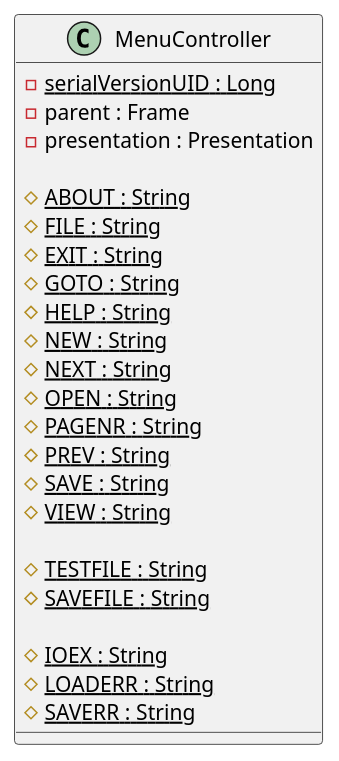
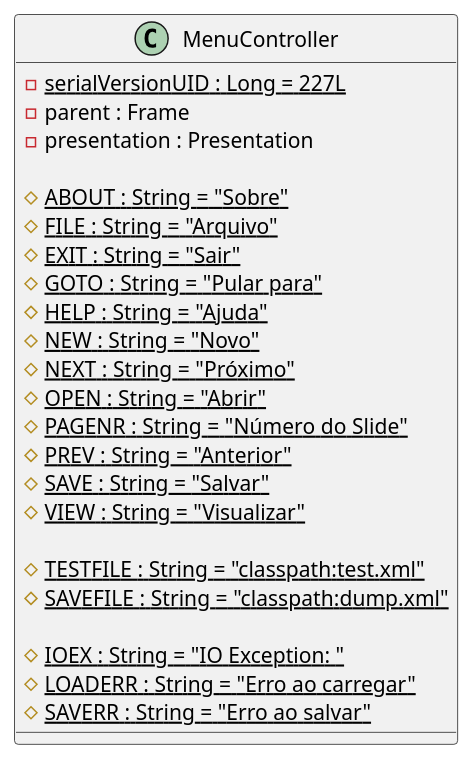
Before and after one commit to gabrielrtlima/diagramas-padroes-projeto: the diagram in classes/MenuController.puml, drawn with PlantUML. The commit also changed 11 other files, not shown here.

```diff
--- a/classes/MenuController.puml
+++ b/classes/MenuController.puml
@@ -1,31 +1,31 @@
 @startuml MenuController
 
 class MenuController {
 
-  - {static} serialVersionUID : Long
+  - {static} serialVersionUID : Long = 227L
   - parent : Frame
   - presentation : Presentation
 
-  # {static} ABOUT : String
-  # {static} FILE : String
-  # {static} EXIT : String
-  # {static} GOTO : String
-  # {static} HELP : String
-  # {static} NEW : String
-  # {static} NEXT : String
-  # {static} OPEN : String
-  # {static} PAGENR : String
-  # {static} PREV : String
-  # {static} SAVE : String
-  # {static} VIEW : String
+  # {static} ABOUT : String = "Sobre"
+  # {static} FILE : String = "Arquivo"
+  # {static} EXIT : String = "Sair"
+  # {static} GOTO : String = "Pular para"
+  # {static} HELP : String = "Ajuda"
+  # {static} NEW : String = "Novo"
+  # {static} NEXT : String = "Próximo"
+  # {static} OPEN : String = "Abrir"
+  # {static} PAGENR : String = "Número do Slide"
+  # {static} PREV : String = "Anterior"
+  # {static} SAVE : String = "Salvar"
+  # {static} VIEW : String = "Visualizar"
 
-  # {static} TESTFILE : String
-  # {static} SAVEFILE : String
+  # {static} TESTFILE : String = "classpath:test.xml"
+  # {static} SAVEFILE : String = "classpath:dump.xml"
 
-  # {static} IOEX : String
-  # {static} LOADERR : String
-  # {static} SAVERR : String
+  # {static} IOEX : String = "IO Exception: "
+  # {static} LOADERR : String = "Erro ao carregar"
+  # {static} SAVERR : String = "Erro ao salvar"
 
 }
 
 @enduml
```
